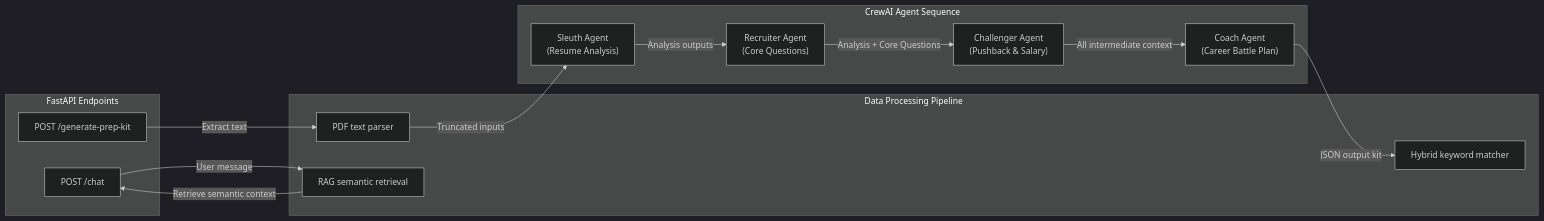
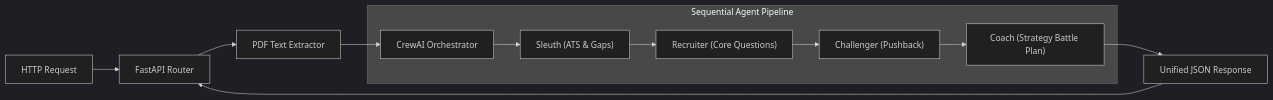
The second of 4 diagrams in DIAGRAMS.md (Deepak-DPK/career-command-center-backend), drawn with Mermaid (dark theme) before and after one commit. The commit also changed other lines of this file, not shown here.

Commit message:
docs: simplify architecture and flow diagrams in DIAGRAMS.md for maximum readability

````diff
--- a/DIAGRAMS.md
+++ b/DIAGRAMS.md
@@ -62,34 +26,16 @@
 ```mermaid
 graph LR
-    subgraph endpoints ["FastAPI Endpoints"]
-        A["POST /generate-prep-kit"]
-        B["POST /chat"]
+    A["HTTP Request"] --> B["FastAPI Router"]
+    B --> C["PDF Text Extractor"]
+    C --> D["CrewAI Orchestrator"]
+    
+    subgraph agent_sequence ["Sequential Agent Pipeline"]
+        D --> E["Sleuth (ATS & Gaps)"]
+        E --> F["Recruiter (Core Questions)"]
+        F --> G["Challenger (Pushback)"]
+        G --> H["Coach (Strategy Battle Plan)"]
     end
-
-    subgraph pipeline ["Data Processing Pipeline"]
-        C["PDF text parser"]
-        D["Hybrid keyword matcher"]
-        E["RAG semantic retrieval"]
-    end
-
-    subgraph agent_seq ["CrewAI Agent Sequence"]
-        F["Sleuth Agent<br/>(Resume Analysis)"]
-        G["Recruiter Agent<br/>(Core Questions)"]
-        H["Challenger Agent<br/>(Pushback & Salary)"]
-        I["Coach Agent<br/>(Career Battle Plan)"]
-    end
-
-    %% Endpoint routing
-    A -->|Extract text| C
-    C -->|Truncated inputs| F
     
-    %% Sequential crew execution
-    F -->|Analysis outputs| G
-    G -->|Analysis + Core Questions| H
-    H -->|All intermediate context| I
-    
-    %% Response and Storage
-    I -->|JSON output kit| D
-    B -->|User message| E
-    E -->|Retrieve semantic context| B
+    H --> I["Unified JSON Response"]
+    I --> B
 ```
````
